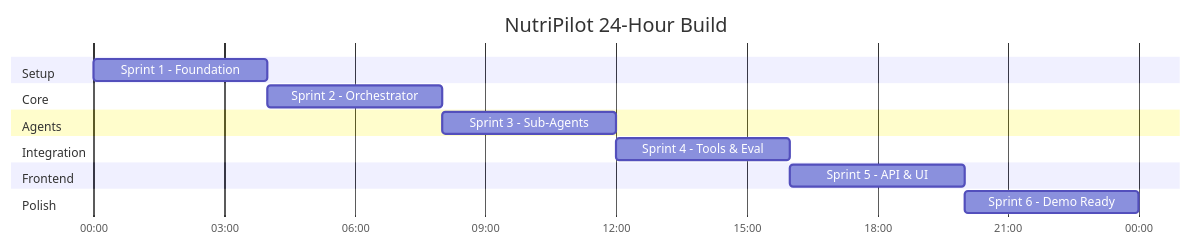
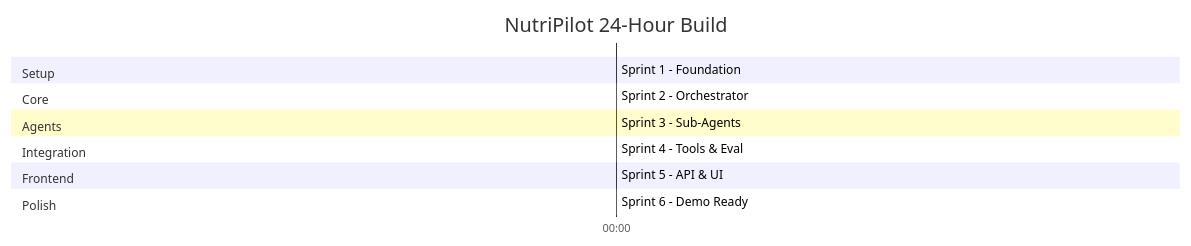
The diagram in PROJECT_PLAN.md (oabolade/nutripilot), drawn with Mermaid before and after one commit. The commit also changed other lines of this file, not shown here.

Commit message:
Update project duration and sprint details

````diff
--- a/PROJECT_PLAN.md
+++ b/PROJECT_PLAN.md
@@ -11,24 +11,24 @@
 ```mermaid
 gantt
     title NutriPilot 24-Hour Build
     dateFormat HH:mm
     axisFormat %H:%M
     
     section Setup
-    Sprint 1 - Foundation     :s1, 00:00, 4h
+    Sprint 1 - Foundation     :s1, 00:00, 2 days
     
     section Core
-    Sprint 2 - Orchestrator   :s2, after s1, 4h
+    Sprint 2 - Orchestrator   :s2, after s1, 3 days
     
     section Agents
-    Sprint 3 - Sub-Agents     :s3, after s2, 4h
+    Sprint 3 - Sub-Agents     :s3, after s2, 5 days
     
     section Integration
-    Sprint 4 - Tools & Eval   :s4, after s3, 4h
+    Sprint 4 - Tools & Eval   :s4, after s3, 5 days
     
     section Frontend
-    Sprint 5 - API & UI       :s5, after s4, 4h
+    Sprint 5 - API & UI       :s5, after s4, 2 days
     
     section Polish
-    Sprint 6 - Demo Ready     :s6, after s5, 4h
+    Sprint 6 - Demo Ready     :s6, after s5, 3 days
 ```
````
